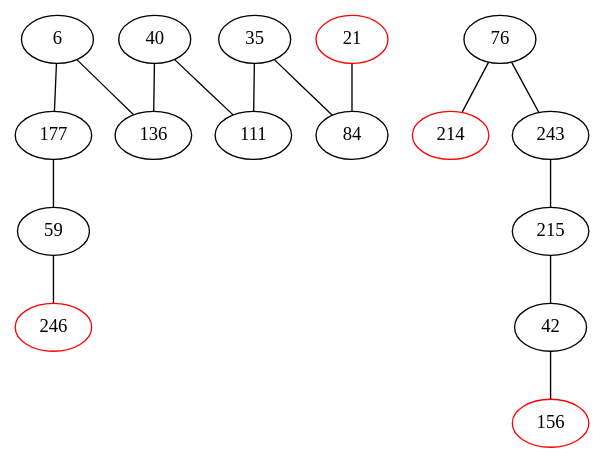
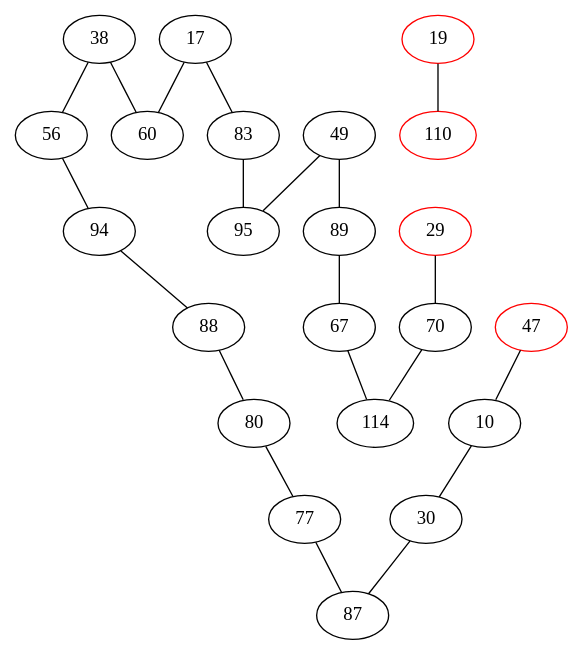
The diagram in external/dbg2olc/StrongCleanedBestOverlapGraph.dot (AuCson/Genome-Assembly-Implementation), drawn with Graphviz before and after one commit. The commit also changed 79 other files, not shown here.

```diff
--- a/external/dbg2olc/StrongCleanedBestOverlapGraph.dot
+++ b/external/dbg2olc/StrongCleanedBestOverlapGraph.dot
@@ -1,46 +1,64 @@
 strict graph G {
-6 -- 136;
-21 -- 84;
-35 -- 111;
-40 -- 111;
-42 -- 156;
-59 -- 246;
-76 -- 214;
-84 -- 21;
-111 -- 35;
-136 -- 6;
-177 -- 59;
-215 -- 42;
-243 -- 215;
-246 -- 59;
-6 -- 177;
-35 -- 84;
-40 -- 136;
-42 -- 215;
-59 -- 177;
-76 -- 243;
-84 -- 35;
-111 -- 40;
-136 -- 40;
-156 -- 42;
-177 -- 6;
-214 -- 76;
-215 -- 243;
-243 -- 76;
-6
-21[color=red];
-35
-40
-42
-59
-76
-84
-111
-136
-156[color=red];
-177
-214[color=red];
-215
-243
-246[color=red];
+10 -- 30;
+17 -- 60;
+30 -- 10;
+38 -- 60;
+47 -- 10;
+49 -- 95;
+56 -- 94;
+60 -- 38;
+67 -- 114;
+70 -- 114;
+77 -- 87;
+80 -- 77;
+83 -- 95;
+87 -- 77;
+88 -- 80;
+89 -- 67;
+94 -- 88;
+95 -- 49;
+114 -- 67;
+10 -- 47;
+17 -- 83;
+19 -- 110;
+29 -- 70;
+30 -- 87;
+38 -- 56;
+49 -- 89;
+56 -- 38;
+60 -- 17;
+67 -- 89;
+70 -- 29;
+77 -- 80;
+80 -- 88;
+83 -- 17;
+87 -- 30;
+88 -- 94;
+89 -- 49;
+94 -- 56;
+95 -- 83;
+110 -- 19;
+114 -- 70;
+10
+17
+19[color=red];
+29[color=red];
+30
+38
+47[color=red];
+49
+56
+60
+67
+70
+77
+80
+83
+87
+88
+89
+94
+95
+110[color=red];
+114
 }
```
